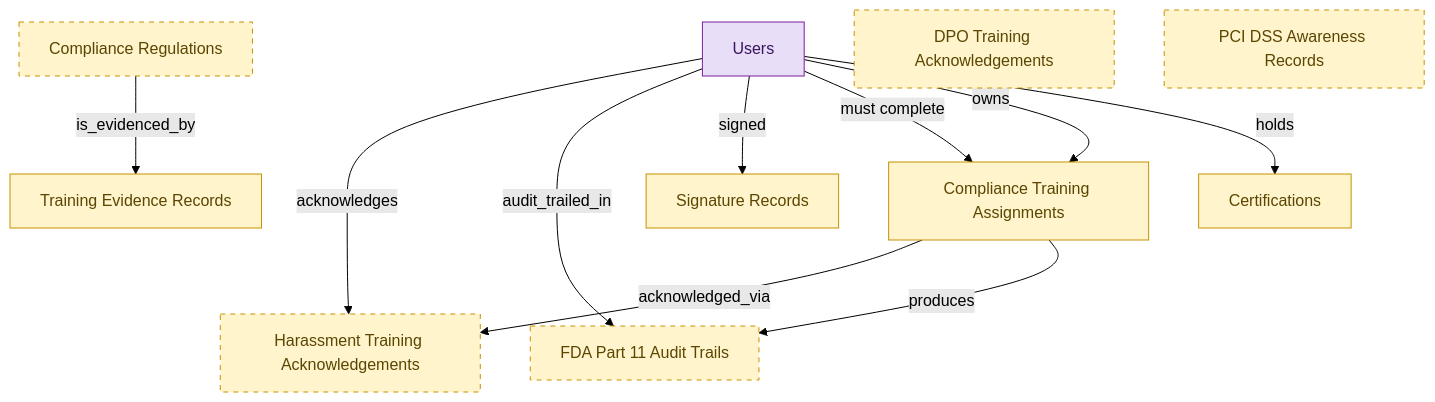
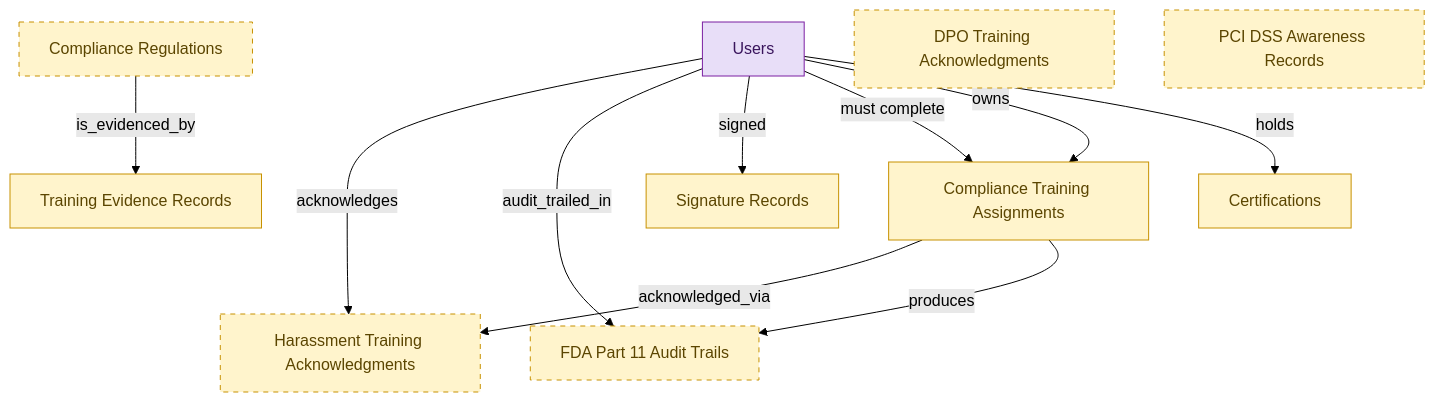
Before and after one commit to semantius/semantius: the diagram in blueprints/training-records-starter-semantic-blueprint.md, drawn with Mermaid (forest theme). The commit also changed other lines of this file and 112 other files, not shown here.

````diff
--- a/blueprints/training-records-starter-semantic-blueprint.md
+++ b/blueprints/training-records-starter-semantic-blueprint.md
@@ -39,39 +39,39 @@
 ```mermaid
 flowchart TD
   classDef embedded_master fill:#fff4cc,stroke:#c79100,color:#5b4500;
   classDef consumer fill:#e8def8,stroke:#7b1fa2,color:#3a155d;
   compliance_assignments["Compliance Training Assignments"]
   training_evidence_records["Training Evidence Records"]
   signature_records["Signature Records"]
   learner_certifications["Certifications"]
-  harassment_training_acknowledgements["Harassment Training Acknowledgements"]
+  harassment_training_acknowledgements["Harassment Training Acknowledgments"]
   fda_part11_audit_trails["FDA Part 11 Audit Trails"]
   users["Users"]
   compliance_regulations["Compliance Regulations"]
-  dpo_training_acknowledgements["DPO Training Acknowledgements"]
+  dpo_training_acknowledgements["DPO Training Acknowledgments"]
   pci_dss_awareness_records["PCI DSS Awareness Records"]
   compliance_assignments -->|"acknowledged_via"| harassment_training_acknowledgements
   compliance_assignments -->|"produces"| fda_part11_audit_trails
   users -->|"acknowledges"| harassment_training_acknowledgements
   users -->|"audit_trailed_in"| fda_part11_audit_trails
   users -->|"signed"| signature_records
   users -->|"must complete"| compliance_assignments
   users -->|"owns"| compliance_assignments
   users -->|"holds"| learner_certifications
   compliance_regulations -->|"is_evidenced_by"| training_evidence_records
   class compliance_assignments embedded_master;
   class training_evidence_records embedded_master;
   class signature_records embedded_master;
   class learner_certifications embedded_master;
   class harassment_training_acknowledgements embedded_master;
   class fda_part11_audit_trails embedded_master;
   class users consumer;
   class compliance_regulations embedded_master;
   class dpo_training_acknowledgements embedded_master;
   class pci_dss_awareness_records embedded_master;
   style harassment_training_acknowledgements stroke-dasharray:5 5;
   style fda_part11_audit_trails stroke-dasharray:5 5;
   style compliance_regulations stroke-dasharray:5 5;
   style dpo_training_acknowledgements stroke-dasharray:5 5;
   style pci_dss_awareness_records stroke-dasharray:5 5;
 ```
````
